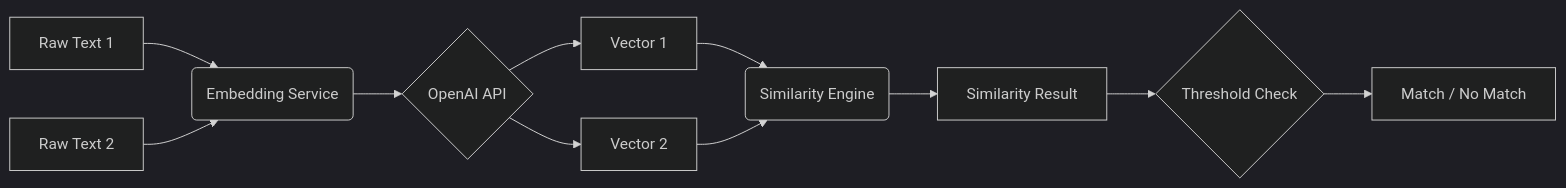
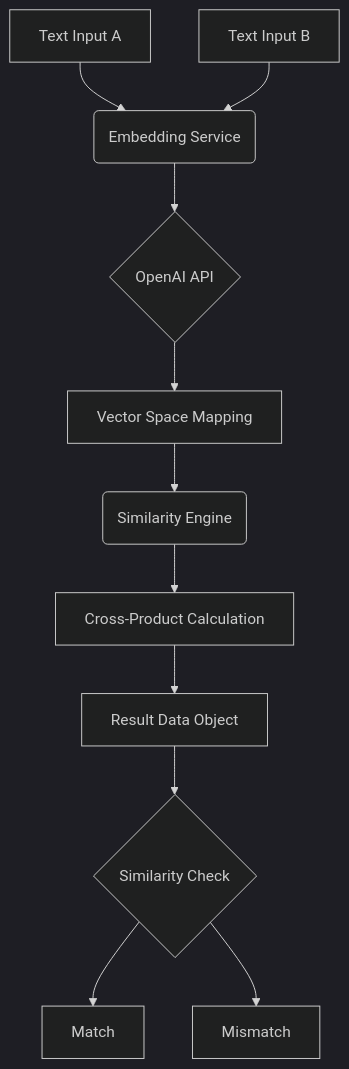
One commit to abhi9avx/meanly changed the diagram in README.md. Above: the diagram before and after it, drawn with Mermaid (dark theme). The commit also changed other lines of this file and 1 other file, not shown here.

````diff
--- a/README.md
+++ b/README.md
@@ -22,13 +58,13 @@
 ```mermaid
-graph LR
-    A[Raw Text 1] --> C(Embedding Service)
-    B[Raw Text 2] --> C
+graph TD
+    A[Text Input A] --> C(Embedding Service)
+    B[Text Input B] --> C
     C --> D{OpenAI API}
-    D --> E[Vector 1]
-    D --> F[Vector 2]
-    E --> G(Similarity Engine)
-    F --> G
-    G --> H[Similarity Result]
-    H --> I{Threshold Check}
-    I --> J[Match / No Match]
+    D --> E[Vector Space Mapping]
+    E --> F(Similarity Engine)
+    F --> G[Cross-Product Calculation]
+    G --> H[Result Data Object]
+    H --> I{Similarity Check}
+    I --> J[Match]
+    I --> K[Mismatch]
 ```
````
